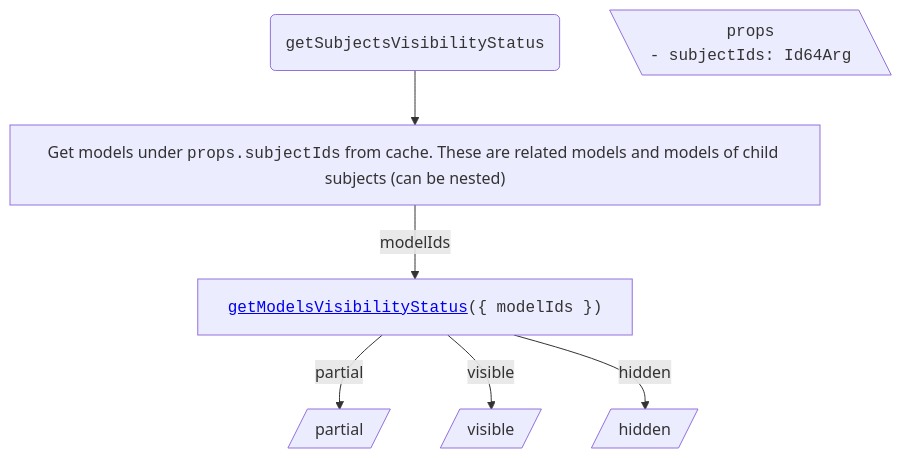
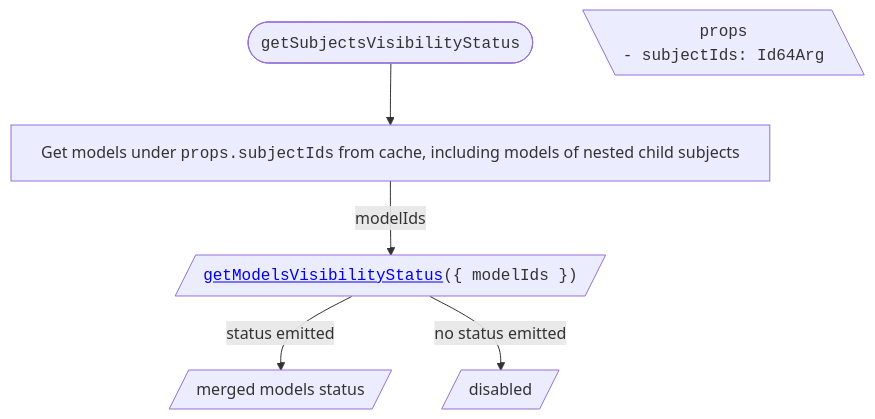
Before and after one commit to iTwin/viewer-components-react: the first of 4 diagrams in packages/itwin/tree-widget/docs/ModelsTreeVisibilityHandling.md, drawn with Mermaid. The commit also changed other lines of this file and 4 other files, not shown here.

Commit message:
[Tree widget]: update mermaid diagrams on `next`

````diff
--- a/packages/itwin/tree-widget/docs/ModelsTreeVisibilityHandling.md
+++ b/packages/itwin/tree-widget/docs/ModelsTreeVisibilityHandling.md
@@ -27,28 +30,24 @@
 ```mermaid
 ---
 config:
   flowchart:
     wrappingWidth: 750
     useMaxWidth: false
 ---
 
 flowchart TD
-  RESULT_Partial[/partial/]
-  RESULT_Visible[/visible/]
-  RESULT_Hidden[/hidden/]
+  RESULT_Status[/merged models status/]
+  RESULT_Disabled[/disabled/]
 
   %% Start
-  TITLE("<span style='font-family: monospace;'>getSubjectsVisibilityStatus</span>") --> A["Get models under <span style='font-family: monospace;'>props.subjectIds</span> from cache. These are related models and models of child subjects (can be nested)"]
+  TITLE(["<span style='font-family: monospace;'>getSubjectsVisibilityStatus</span>"]) --> A["Get models under <span style='font-family: monospace;'>props.subjectIds</span> from cache, including models of nested child subjects"]
 
   PROPS[\"
     <span style='font-family: monospace;'>props</span>
     <span style='display: block; text-align: left; font-family: monospace;'>- subjectIds: Id64Arg</span>
   "\]
 
-  A -- modelIds --> B["<span style='font-family: monospace;'><a href='./SharedVisibilityHandling.md#getmodelsvisibilitystatus'>getModelsVisibilityStatus</a>({ modelIds })</span>"]
-
-  %% Results
-  B -- partial --> RESULT_Partial
-  B -- visible --> RESULT_Visible
-  B -- hidden --> RESULT_Hidden
+  A -- modelIds --> B[/"<span style='font-family: monospace;'><a href='./SharedVisibilityHandling.md#getmodelsvisibilitystatus'>getModelsVisibilityStatus</a>({ modelIds })</span>"/]
+  B -- "status emitted" --> RESULT_Status
+  B -- "no status emitted" --> RESULT_Disabled
 ```
````
